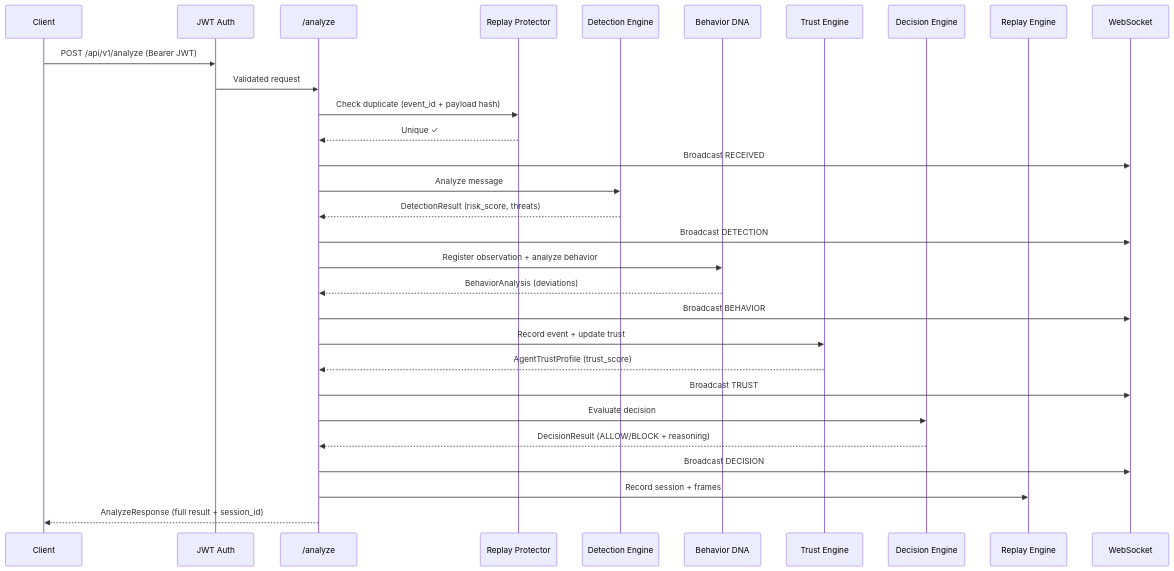
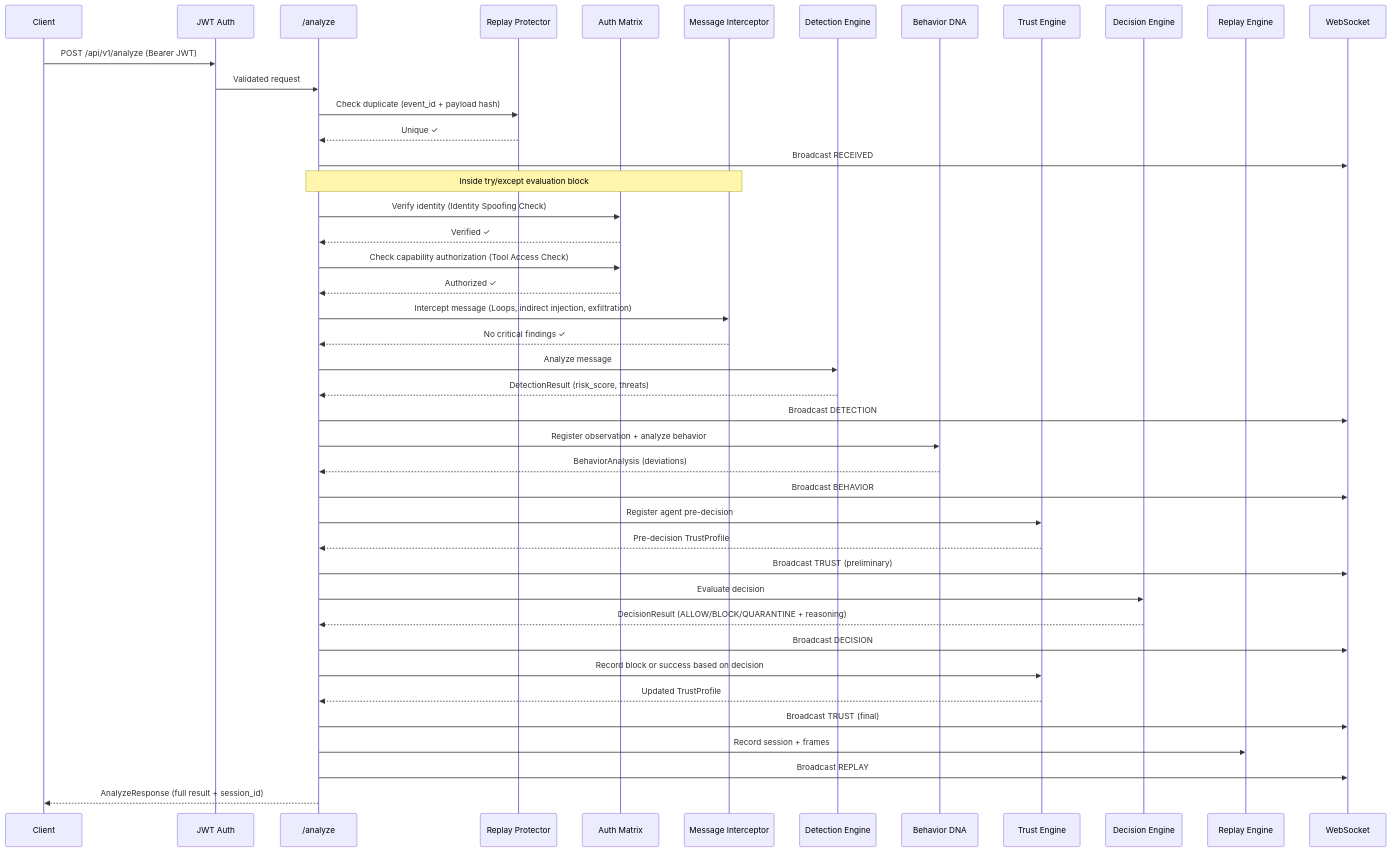
Before and after one commit to Ankit2429/AgentShield: the second of 2 diagrams in README.md, drawn with Mermaid. The commit also changed other lines of this file and 12 other files, not shown here.

Commit message:
docs/backend: relocate security check boundaries, reorder trust recording post-decision, align all unit/integration tests, and update README system diagrams

````diff
--- a/README.md
+++ b/README.md
@@ -131,38 +133,56 @@
 ```mermaid
 sequenceDiagram
     participant Client
     participant Auth as JWT Auth
     participant API as /analyze
     participant RP as Replay Protector
+    participant Matrix as Auth Matrix
+    participant Intercept as Message Interceptor
     participant Det as Detection Engine
     participant DNA as Behavior DNA
     participant Trust as Trust Engine
     participant Dec as Decision Engine
     participant Replay as Replay Engine
     participant WS as WebSocket
 
     Client->>Auth: POST /api/v1/analyze (Bearer JWT)
     Auth->>API: Validated request
+    
     API->>RP: Check duplicate (event_id + payload hash)
     RP-->>API: Unique ✓
     API->>WS: Broadcast RECEIVED
+
+    Note over API,Intercept: Inside try/except evaluation block
+    API->>Matrix: Verify identity (Identity Spoofing Check)
+    Matrix-->>API: Verified ✓
+    
+    API->>Matrix: Check capability authorization (Tool Access Check)
+    Matrix-->>API: Authorized ✓
+    
+    API->>Intercept: Intercept message (Loops, indirect injection, exfiltration)
+    Intercept-->>API: No critical findings ✓
 
     API->>Det: Analyze message
     Det-->>API: DetectionResult (risk_score, threats)
     API->>WS: Broadcast DETECTION
 
     API->>DNA: Register observation + analyze behavior
     DNA-->>API: BehaviorAnalysis (deviations)
     API->>WS: Broadcast BEHAVIOR
 
-    API->>Trust: Record event + update trust
-    Trust-->>API: AgentTrustProfile (trust_score)
-    API->>WS: Broadcast TRUST
+    API->>Trust: Register agent pre-decision
+    Trust-->>API: Pre-decision TrustProfile
+    API->>WS: Broadcast TRUST (preliminary)
 
     API->>Dec: Evaluate decision
-    Dec-->>API: DecisionResult (ALLOW/BLOCK + reasoning)
+    Dec-->>API: DecisionResult (ALLOW/BLOCK/QUARANTINE + reasoning)
     API->>WS: Broadcast DECISION
 
+    API->>Trust: Record block or success based on decision
+    Trust-->>API: Updated TrustProfile
+    API->>WS: Broadcast TRUST (final)
+
     API->>Replay: Record session + frames
+    API->>WS: Broadcast REPLAY
     API-->>Client: AnalyzeResponse (full result + session_id)
 ```
````
